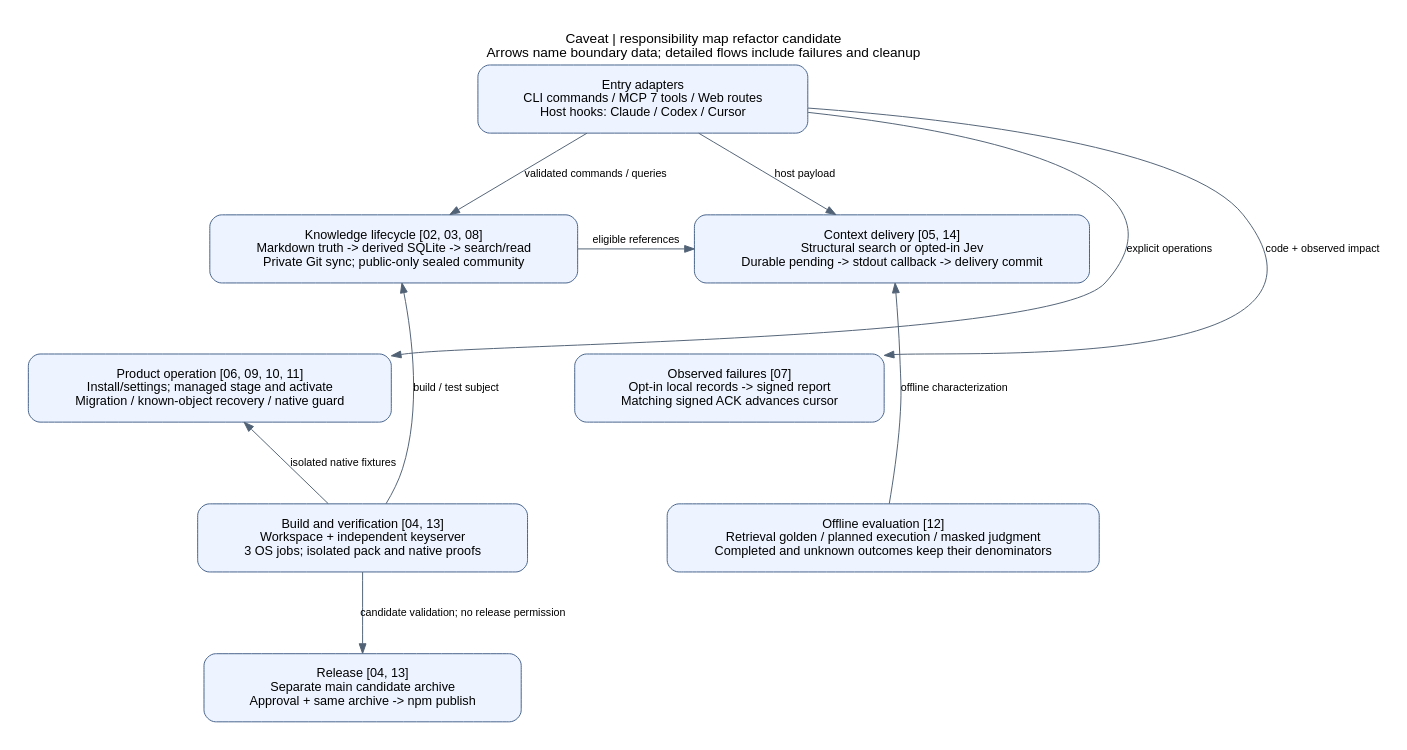
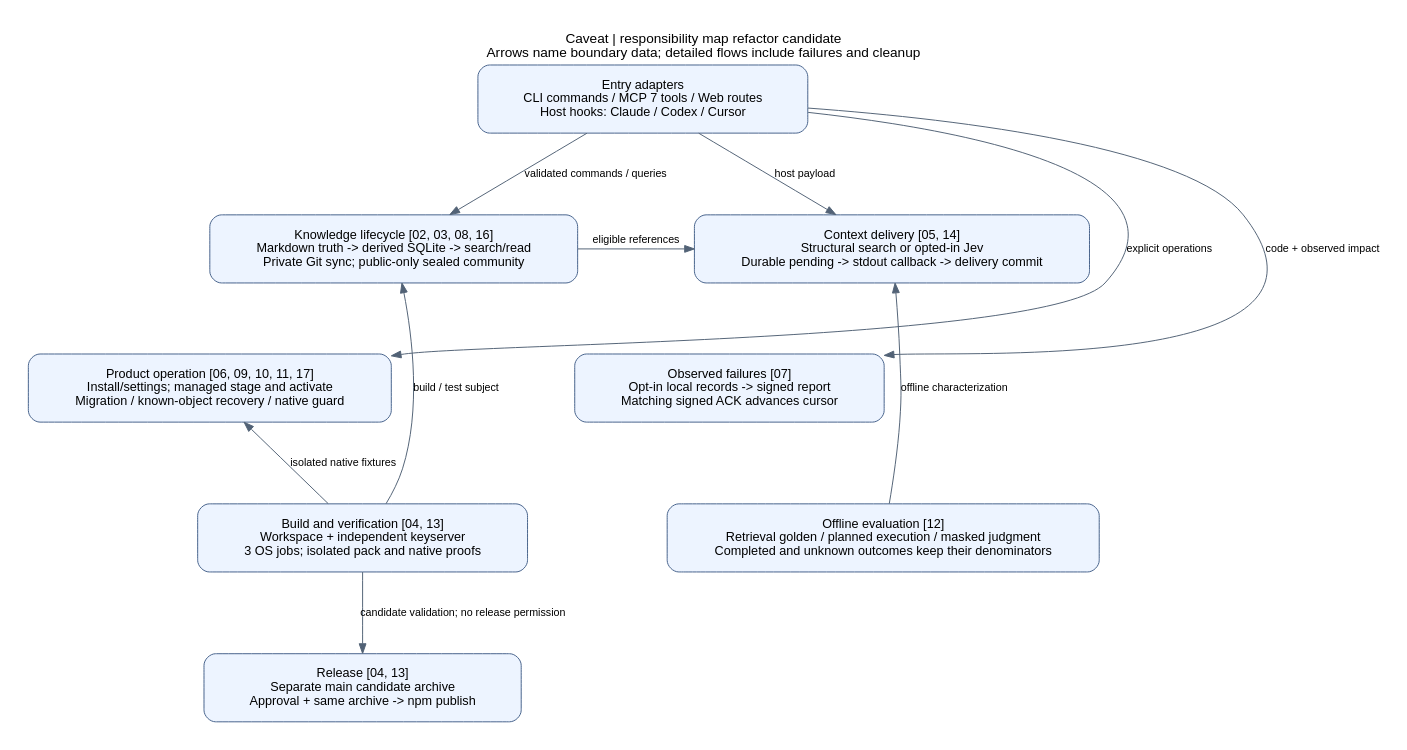
One commit to kitepon/Caveat changed the diagram in docs/diagrams/01-overview.dot. Above: the diagram before and after it, drawn with Graphviz. The commit also changed 25 other files, not shown here.

Commit message:
docs: align feature diagrams with failure and delivery contracts

```diff
--- a/docs/diagrams/01-overview.dot
+++ b/docs/diagrams/01-overview.dot
@@ -1,28 +1,28 @@
 digraph overview {
  graph [rankdir=TB,bgcolor="white",pad="0.3",nodesep="0.45",ranksep="1.0",fontname="Arial",label="Caveat | responsibility map refactor candidate\nArrows name boundary data; detailed flows include failures and cleanup",labelloc=t];
  node [shape=box,style="rounded,filled",fillcolor="#edf4ff",color="#45618a",fontname="Arial",fontsize=13,margin="0.6,0.2"];
  edge [fontname="Arial",fontsize=11,color="#526276"];
  api [label="Entry adapters\nCLI commands / MCP 7 tools / Web routes\nHost hooks: Claude / Codex / Cursor",URL="05-hooks-delivery.svg"];
- content [label="Knowledge lifecycle [02, 03, 08]\nMarkdown truth -> derived SQLite -> search/read\nPrivate Git sync; public-only sealed community",URL="02-entry-lifecycle.svg"];
+ content [label="Knowledge lifecycle [02, 03, 08, 16]\nMarkdown truth -> derived SQLite -> search/read\nPrivate Git sync; public-only sealed community",URL="02-entry-lifecycle.svg"];
  delivery [label="Context delivery [05, 14]\nStructural search or opted-in Jev\nDurable pending -> stdout callback -> delivery commit",URL="05-hooks-delivery.svg"];
- ops [label="Product operation [06, 09, 10, 11]\nInstall/settings; managed stage and activate\nMigration / known-object recovery / native guard",URL="09-managed-migration.svg"];
+ ops [label="Product operation [06, 09, 10, 11, 17]\nInstall/settings; managed stage and activate\nMigration / known-object recovery / native guard",URL="09-managed-migration.svg"];
  report [label="Observed failures [07]\nOpt-in local records -> signed report\nMatching signed ACK advances cursor",URL="07-runtime-reporting.svg"];
  build [label="Build and verification [04, 13]\nWorkspace + independent keyserver\n3 OS jobs; isolated pack and native proofs",URL="04-ci-release.svg"];
  eval [label="Offline evaluation [12]\nRetrieval golden / planned execution / masked judgment\nCompleted and unknown outcomes keep their denominators",URL="12-evaluation.svg"];
  release [label="Release [04, 13]\nSeparate main candidate archive\nApproval + same archive -> npm publish",URL="13-build-pack.svg"];
  {rank=same; content; delivery;}
  {rank=same; ops; report;}
  {rank=same; build; eval;}
  content -> ops [style=invis];
  delivery -> report [style=invis];
  report -> eval [style=invis];
  api -> content [label="validated commands / queries"];
  api -> delivery [label="host payload"];
  content -> delivery [label="eligible references",constraint=false];
  api -> ops [label="explicit operations",constraint=false];
  api -> report [label="code + observed impact",constraint=false];
  content -> build [dir=back,label="build / test subject"];
  delivery -> eval [dir=back,label="offline characterization"];
  ops -> build [dir=back,label="isolated native fixtures"];
  build -> release [label="candidate validation; no release permission"];
 }
```
